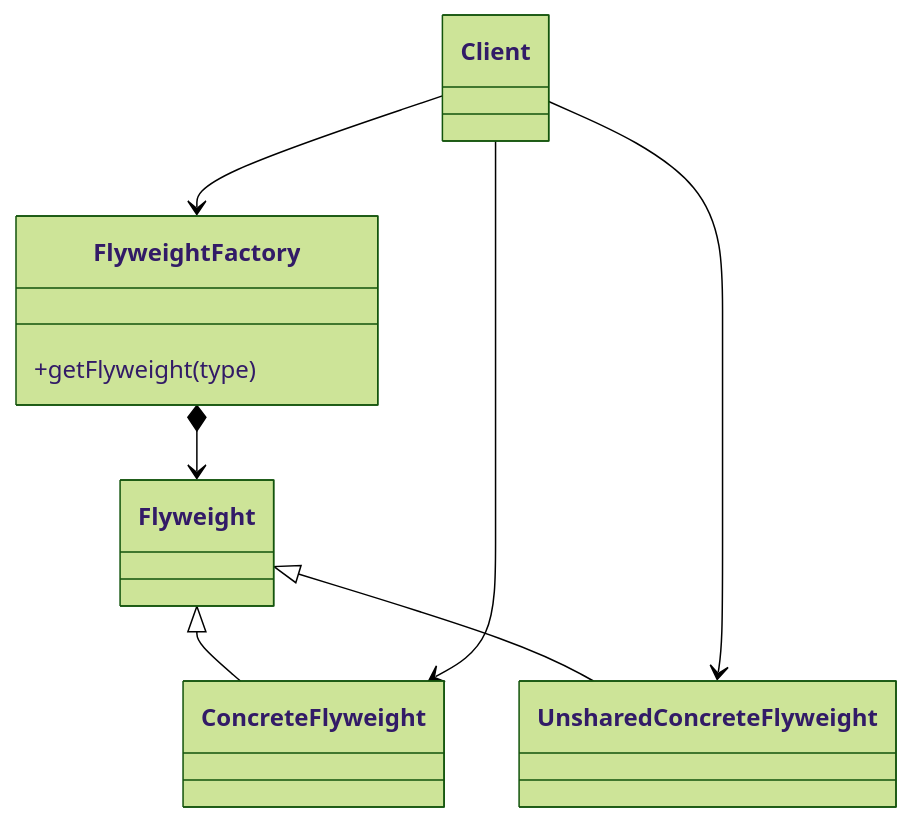
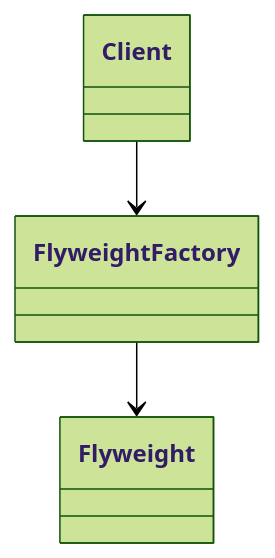
The sixth of 7 diagrams in doc/软件工程/设计模式/结构型模式.md (0xcaffebabe/note), drawn with Mermaid (forest theme) before and after one commit. The commit also changed other lines of this file and 6 other files, not shown here.

````diff
--- a/doc/软件工程/设计模式/结构型模式.md
+++ b/doc/软件工程/设计模式/结构型模式.md
@@ -214,12 +289,5 @@
 ```mermaid
 classDiagram
-    Flyweight <|-- ConcreteFlyweight
-    Flyweight <|-- UnsharedConcreteFlyweight
-    FlyweightFactory *--> Flyweight
-    class FlyweightFactory {
-        +getFlyweight(type)
-    }
-    Client --> FlyweightFactory
-    Client --> ConcreteFlyweight
-    Client --> UnsharedConcreteFlyweight
+FlyweightFactory --> Flyweight
+Client --> FlyweightFactory
 ```
````
